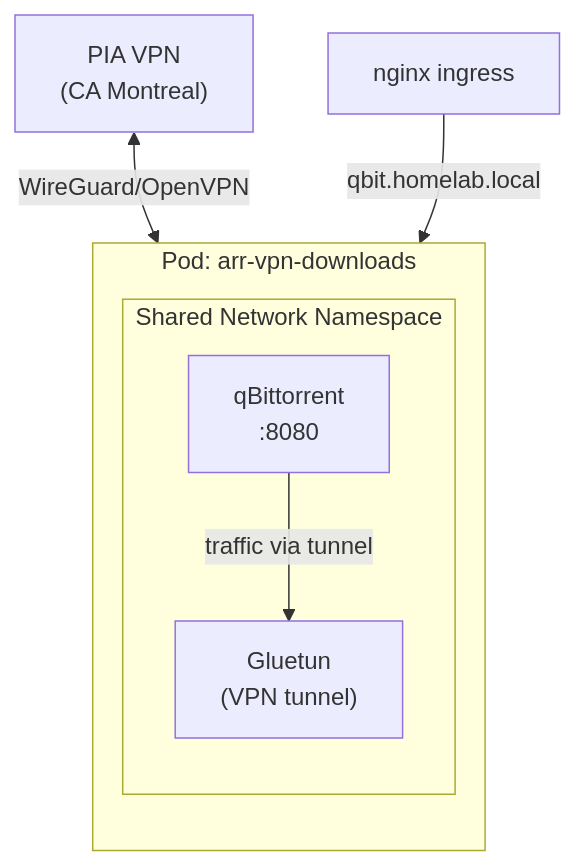
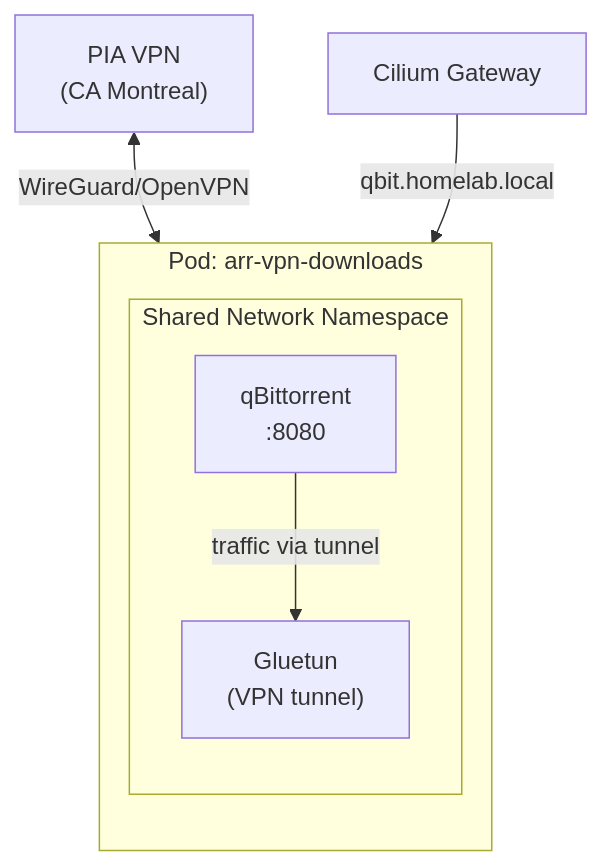
Before and after one commit to kyleseneker/homelab: the diagram in docs/apps/downloads.md, drawn with Mermaid. The commit also changed other lines of this file and 42 other files, not shown here.

Commit message:
docs: fix stale ingress-nginx/MetalLB refs, add ADRs and OpenClaw docs

````diff
--- a/docs/apps/downloads.md
+++ b/docs/apps/downloads.md
@@ -46,14 +41,14 @@
 ```mermaid
 flowchart TB
     subgraph pod["Pod: arr-vpn-downloads"]
         direction TB
         subgraph netns["Shared Network Namespace"]
             gluetun["Gluetun\n(VPN tunnel)"]
             qbit["qBittorrent\n:8080"]
         end
     end
 
     vpn["PIA VPN\n(CA Montreal)"] <-->|"WireGuard/OpenVPN"| gluetun
     qbit -->|"traffic via tunnel"| gluetun
-    ingress["nginx ingress"] -->|"qbit.homelab.local"| netns
+    gateway["Cilium Gateway"] -->|"qbit.homelab.local"| netns
 ```
````
